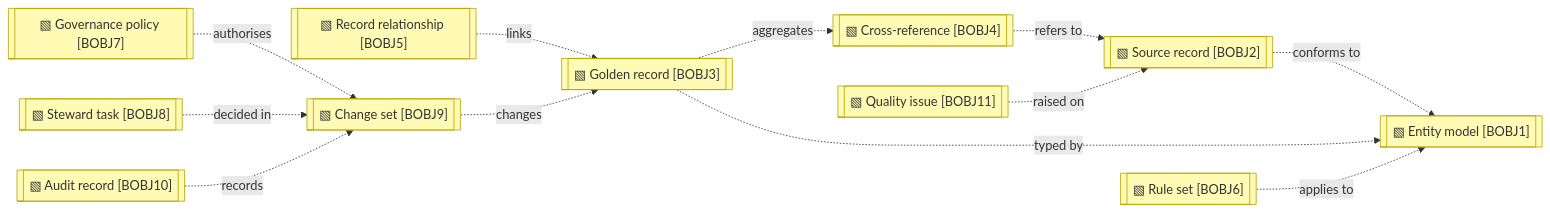
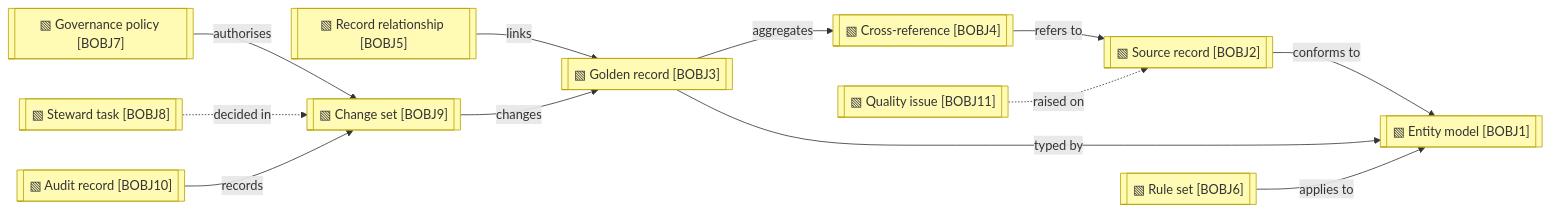
One commit to roanboc/dbx-master-data-manager changed the diagram in architecture/2_business/4_business-objects.md. Above: the diagram before and after it, drawn with Mermaid. The commit also changed other lines of this file and 49 other files, not shown here.

````diff
--- a/architecture/2_business/4_business-objects.md
+++ b/architecture/2_business/4_business-objects.md
@@ -13,28 +13,28 @@
 ```mermaid
 flowchart LR
   bobj1[["▧ Entity model [BOBJ1]"]]:::object
   bobj2[["▧ Source record [BOBJ2]"]]:::object
   bobj3[["▧ Golden record [BOBJ3]"]]:::object
   bobj4[["▧ Cross-reference [BOBJ4]"]]:::object
   bobj5[["▧ Record relationship [BOBJ5]"]]:::object
   bobj6[["▧ Rule set [BOBJ6]"]]:::object
   bobj7[["▧ Governance policy [BOBJ7]"]]:::object
   bobj8[["▧ Steward task [BOBJ8]"]]:::object
   bobj9[["▧ Change set [BOBJ9]"]]:::object
   bobj10[["▧ Audit record [BOBJ10]"]]:::object
   bobj11[["▧ Quality issue [BOBJ11]"]]:::object
 
-  bobj2 -.->|conforms to| bobj1
-  bobj3 -.->|typed by| bobj1
-  bobj3 -.->|aggregates| bobj4
-  bobj4 -.->|refers to| bobj2
-  bobj5 -.->|links| bobj3
-  bobj6 -.->|applies to| bobj1
-  bobj7 -.->|authorises| bobj9
+  bobj2 -->|conforms to| bobj1
+  bobj3 -->|typed by| bobj1
+  bobj3 -->|aggregates| bobj4
+  bobj4 -->|refers to| bobj2
+  bobj5 -->|links| bobj3
+  bobj6 -->|applies to| bobj1
+  bobj7 -->|authorises| bobj9
   bobj8 -.->|decided in| bobj9
-  bobj9 -.->|changes| bobj3
-  bobj10 -.->|records| bobj9
+  bobj9 -->|changes| bobj3
+  bobj10 -->|records| bobj9
   bobj11 -.->|raised on| bobj2
 
   classDef object fill:#fffbb5,stroke:#b8a200,color:#333
 ```
````
